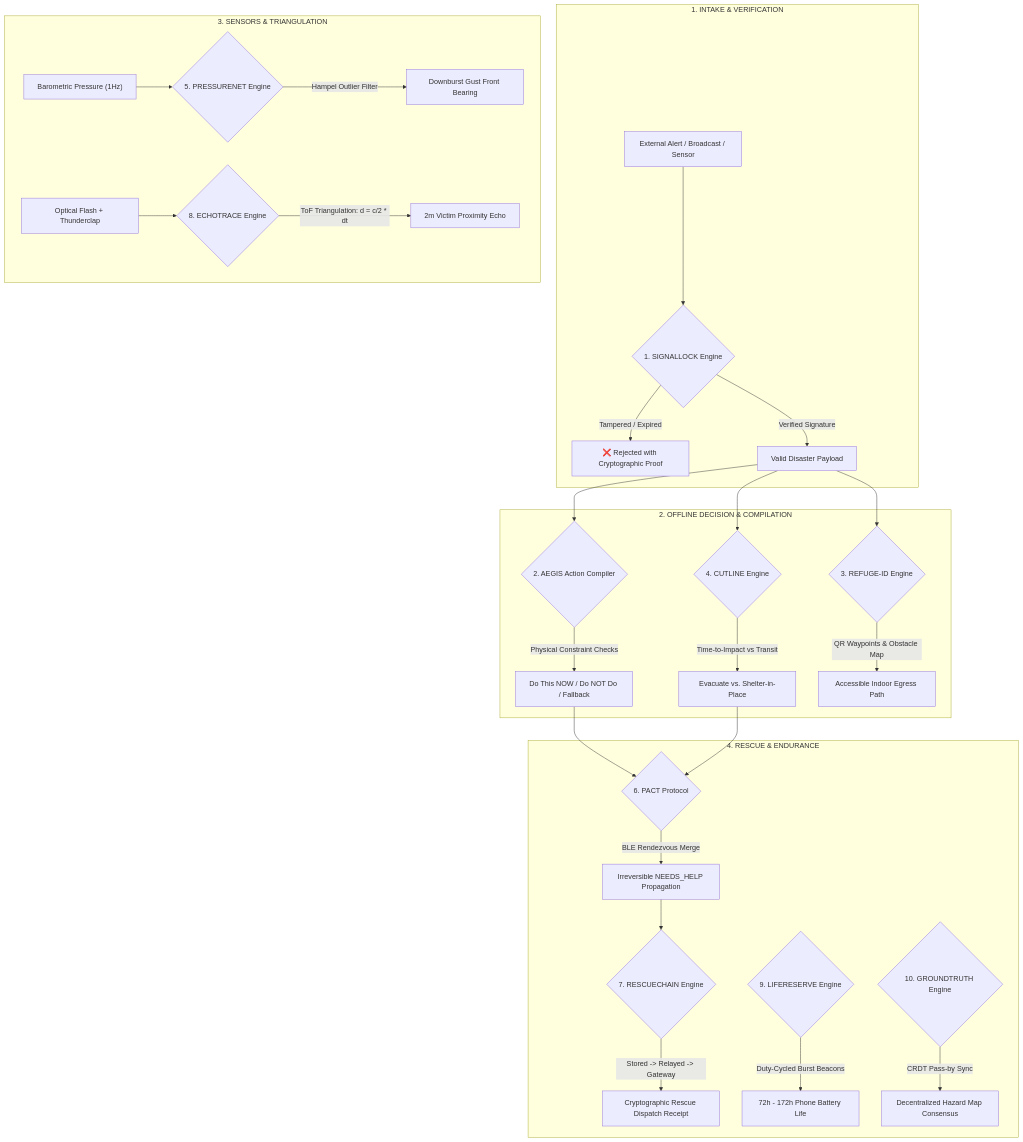
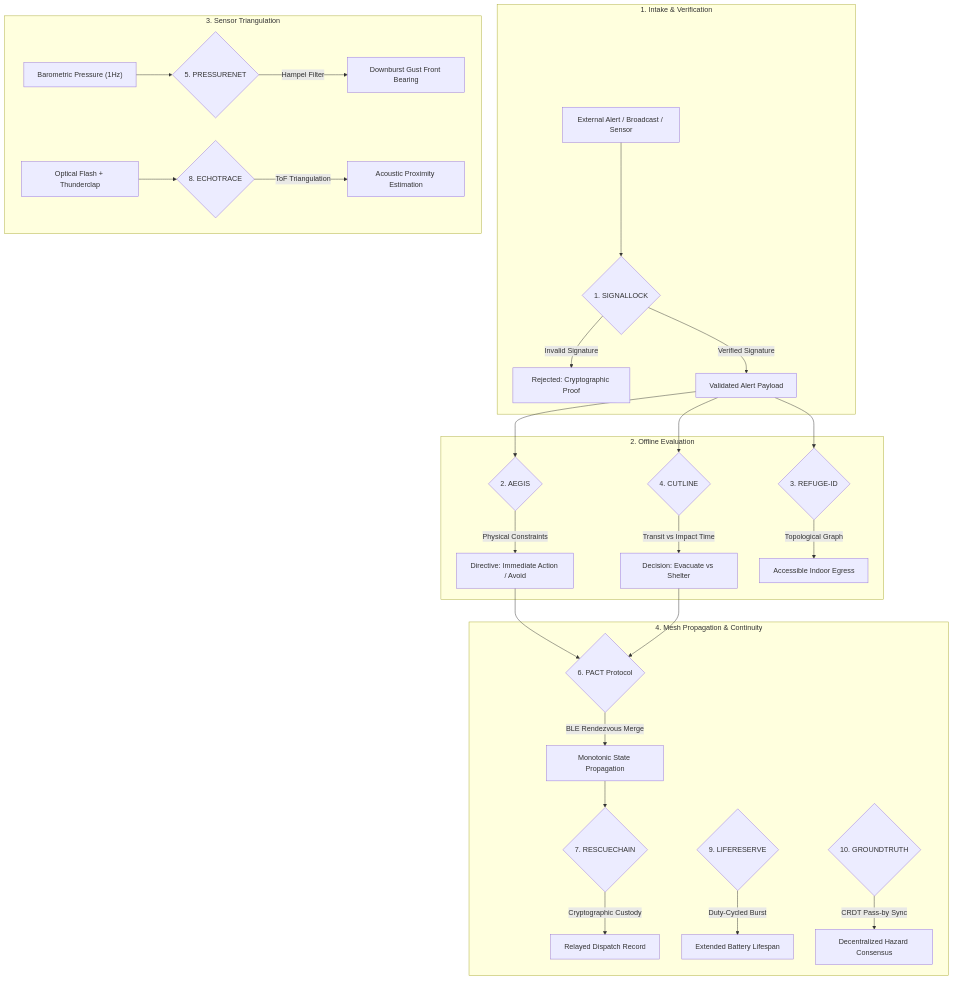
The diagram in README.md (krishivjoshi219-collab/Warnly), drawn with Mermaid before and after one commit. The commit also changed other lines of this file and 11 other files, not shown here.

````diff
--- a/README.md
+++ b/README.md
@@ -89,33 +136,33 @@
 ```mermaid
 flowchart TD
-    subgraph INTAKE["1. INTAKE & VERIFICATION"]
-        A["External Alert / Broadcast / Sensor"] --> B{"1. SIGNALLOCK Engine"}
-        B -->|"Tampered / Expired"| C["❌ Rejected with Cryptographic Proof"]
-        B -->|"Verified Signature"| D["Valid Disaster Payload"]
+    subgraph INTAKE["1. Intake & Verification"]
+        A["External Alert / Broadcast / Sensor"] --> B{"1. SIGNALLOCK"}
+        B -->|"Invalid Signature"| C["Rejected: Cryptographic Proof"]
+        B -->|"Verified Signature"| D["Validated Alert Payload"]
     end
 
-    subgraph REASONING["2. OFFLINE DECISION & COMPILATION"]
-        D --> E{"2. AEGIS Action Compiler"}
-        E -->|"Physical Constraint Checks"| F["Do This NOW / Do NOT Do / Fallback"]
-        D --> G{"4. CUTLINE Engine"}
-        G -->|"Time-to-Impact vs Transit"| H["Evacuate vs. Shelter-in-Place"]
-        D --> I{"3. REFUGE-ID Engine"}
-        I -->|"QR Waypoints & Obstacle Map"| J["Accessible Indoor Egress Path"]
+    subgraph REASONING["2. Offline Evaluation"]
+        D --> E{"2. AEGIS"}
+        E -->|"Physical Constraints"| F["Directive: Immediate Action / Avoid"]
+        D --> G{"4. CUTLINE"}
+        G -->|"Transit vs Impact Time"| H["Decision: Evacuate vs Shelter"]
+        D --> I{"3. REFUGE-ID"}
+        I -->|"Topological Graph"| J["Accessible Indoor Egress"]
     end
 
-    subgraph TELEMETRY["3. SENSORS & TRIANGULATION"]
-        K["Barometric Pressure (1Hz)"] --> L{"5. PRESSURENET Engine"}
-        L -->|"Hampel Outlier Filter"| M["Downburst Gust Front Bearing"]
-        N["Optical Flash + Thunderclap"] --> O{"8. ECHOTRACE Engine"}
-        O -->|"ToF Triangulation: d = c/2 * dt"| P["2m Victim Proximity Echo"]
+    subgraph TELEMETRY["3. Sensor Triangulation"]
+        K["Barometric Pressure (1Hz)"] --> L{"5. PRESSURENET"}
+        L -->|"Hampel Filter"| M["Downburst Gust Front Bearing"]
+        N["Optical Flash + Thunderclap"] --> O{"8. ECHOTRACE"}
+        O -->|"ToF Triangulation"| P["Acoustic Proximity Estimation"]
     end
 
-    subgraph SURVIVAL["4. RESCUE & ENDURANCE"]
+    subgraph SURVIVAL["4. Mesh Propagation & Continuity"]
         F & H --> Q{"6. PACT Protocol"}
-        Q -->|"BLE Rendezvous Merge"| R["Irreversible NEEDS_HELP Propagation"]
-        R --> S{"7. RESCUECHAIN Engine"}
-        S -->|"Stored -> Relayed -> Gateway"| T["Cryptographic Rescue Dispatch Receipt"]
-        U{"9. LIFERESERVE Engine"} -->|"Duty-Cycled Burst Beacons"| V["72h - 172h Phone Battery Life"]
-        W{"10. GROUNDTRUTH Engine"} -->|"CRDT Pass-by Sync"| X["Decentralized Hazard Map Consensus"]
+        Q -->|"BLE Rendezvous Merge"| R["Monotonic State Propagation"]
+        R --> S{"7. RESCUECHAIN"}
+        S -->|"Cryptographic Custody"| T["Relayed Dispatch Record"]
+        U{"9. LIFERESERVE"} -->|"Duty-Cycled Burst"| V["Extended Battery Lifespan"]
+        W{"10. GROUNDTRUTH"} -->|"CRDT Pass-by Sync"| X["Decentralized Hazard Consensus"]
     end
 ```
````
